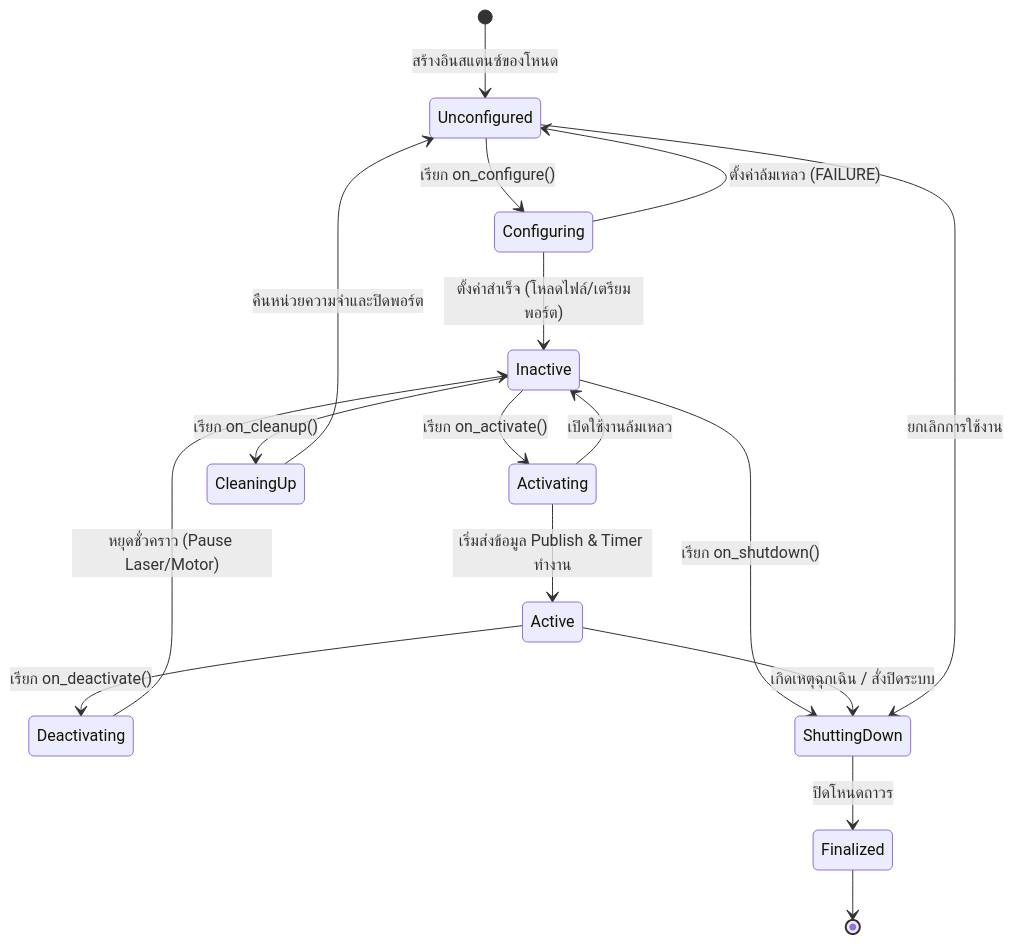
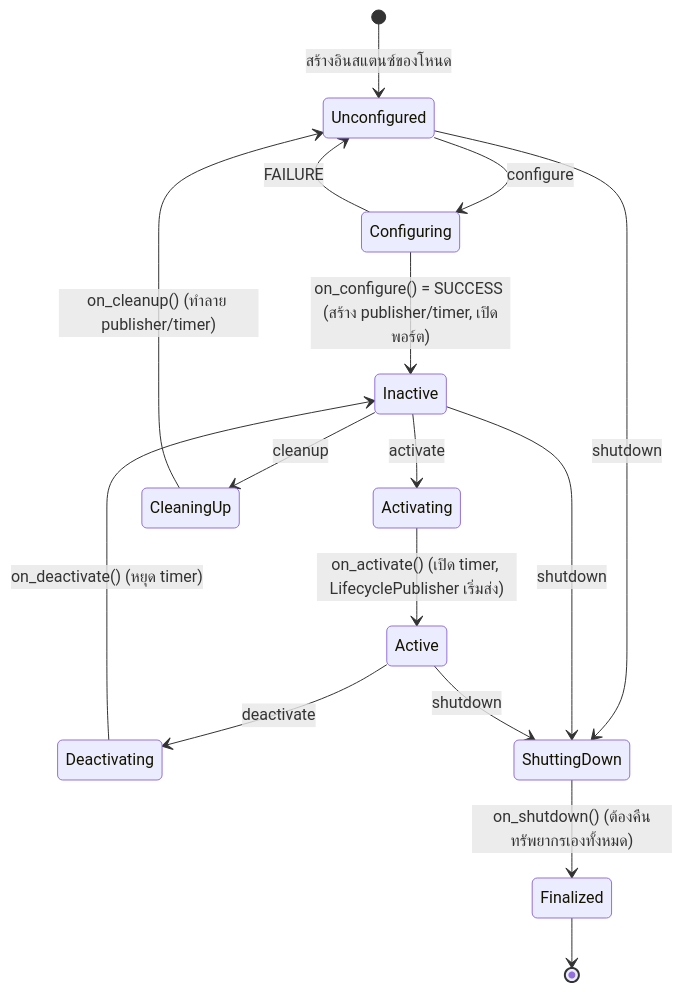
One commit to alfaXphoori/ros2 changed the first of 3 diagrams in Advanced_ROS/05_Production_CI_CD_Security/README.md. Above: the diagram before and after it, drawn with Mermaid. The commit also changed other lines of this file and 425 other files, not shown here.

````diff
--- a/Advanced_ROS/05_Production_CI_CD_Security/README.md
+++ b/Advanced_ROS/05_Production_CI_CD_Security/README.md
@@ -20,23 +39,22 @@
 ```mermaid
 stateDiagram-v2
     [*] --> Unconfigured: สร้างอินสแตนซ์ของโหนด
-    Unconfigured --> Configuring: เรียก on_configure()
-    Configuring --> Inactive: ตั้งค่าสำเร็จ (โหลดไฟล์/เตรียมพอร์ต)
-    Configuring --> Unconfigured: ตั้งค่าล้มเหลว (FAILURE)
-    
-    Inactive --> Activating: เรียก on_activate()
-    Activating --> Active: เริ่มส่งข้อมูล Publish & Timer ทำงาน
-    Activating --> Inactive: เปิดใช้งานล้มเหลว
+    Unconfigured --> Configuring: configure
+    Configuring --> Inactive: on_configure() = SUCCESS (สร้าง publisher/timer, เปิดพอร์ต)
+    Configuring --> Unconfigured: FAILURE
 
-    Active --> Deactivating: เรียก on_deactivate()
-    Deactivating --> Inactive: หยุดชั่วคราว (Pause Laser/Motor)
+    Inactive --> Activating: activate
+    Activating --> Active: on_activate() (เปิด timer, LifecyclePublisher เริ่มส่ง)
 
-    Inactive --> CleaningUp: เรียก on_cleanup()
-    CleaningUp --> Unconfigured: คืนหน่วยความจำและปิดพอร์ต
+    Active --> Deactivating: deactivate
+    Deactivating --> Inactive: on_deactivate() (หยุด timer)
 
-    Inactive --> ShuttingDown: เรียก on_shutdown()
-    Active --> ShuttingDown: เกิดเหตุฉุกเฉิน / สั่งปิดระบบ
-    Unconfigured --> ShuttingDown: ยกเลิกการใช้งาน
-    ShuttingDown --> Finalized: ปิดโหนดถาวร
+    Inactive --> CleaningUp: cleanup
+    CleaningUp --> Unconfigured: on_cleanup() (ทำลาย publisher/timer)
+
+    Unconfigured --> ShuttingDown: shutdown
+    Inactive --> ShuttingDown: shutdown
+    Active --> ShuttingDown: shutdown
+    ShuttingDown --> Finalized: on_shutdown() (ต้องคืนทรัพยากรเองทั้งหมด)
     Finalized --> [*]
 ```
````
